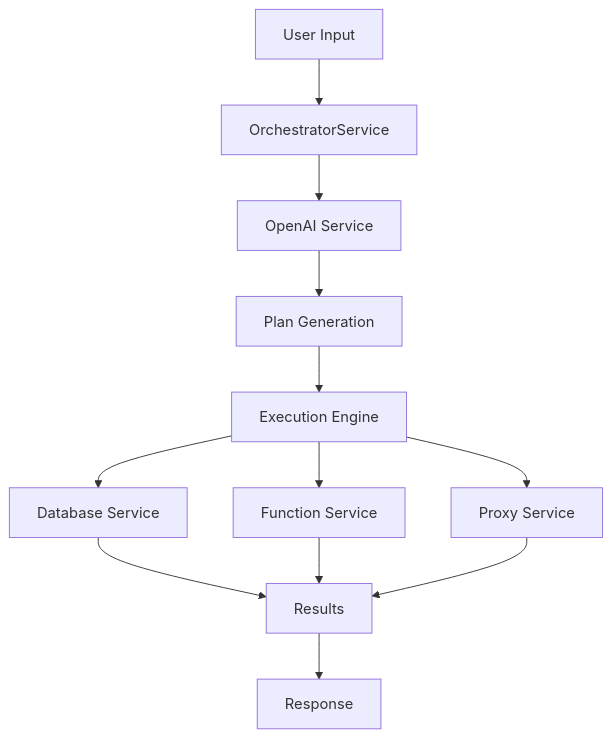
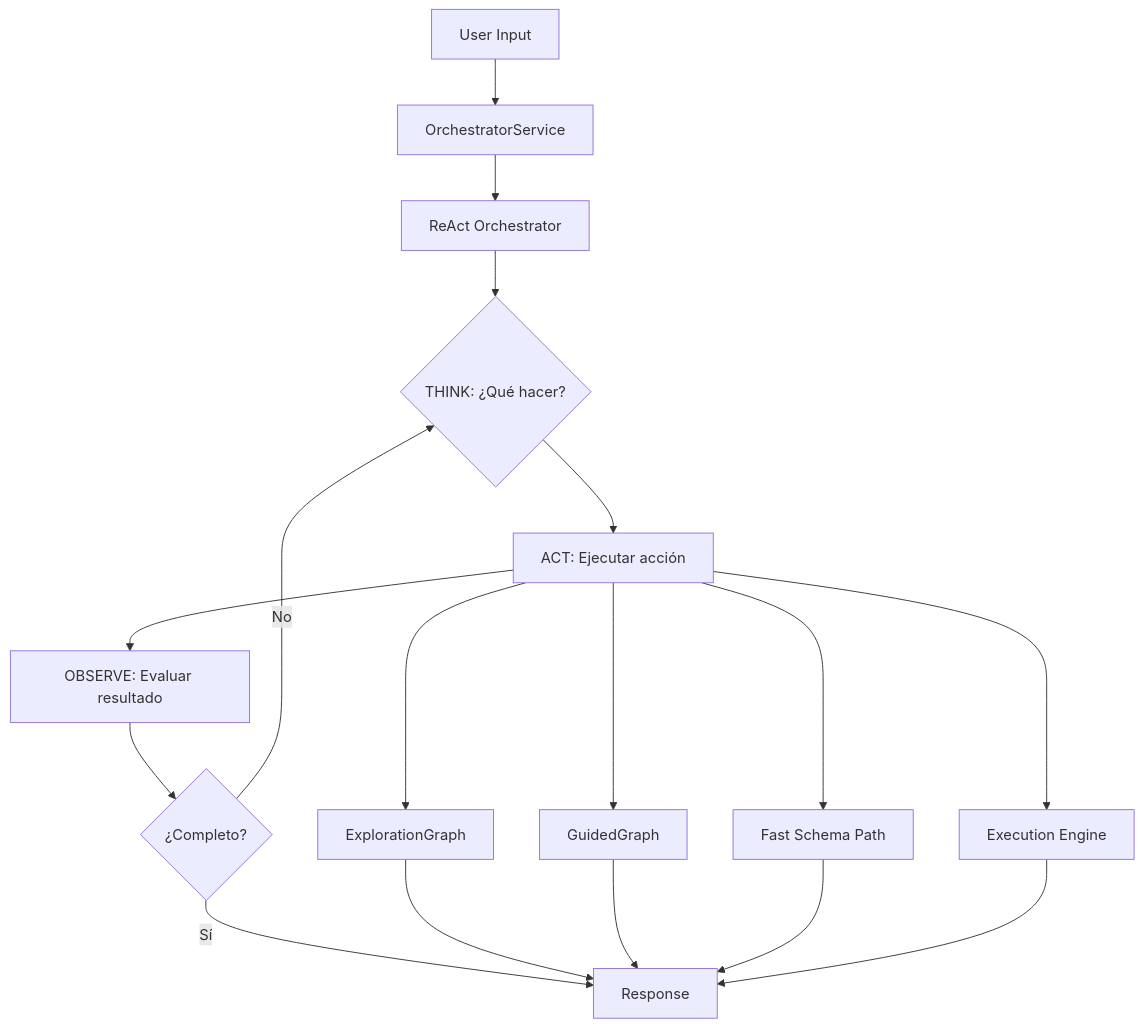
Before and after one commit to AntoineBejarano/apichat-backend: the diagram in docs/index.md, drawn with Mermaid. The commit also changed other lines of this file and 86 other files, not shown here.

Commit message:
refactor: replace legacy orchestrator with simplified ReAct-based version

````diff
--- a/docs/index.md
+++ b/docs/index.md
@@ -37,14 +37,21 @@
 ```mermaid
 graph TD
     A[User Input] --> B[OrchestratorService]
-    B --> C[OpenAI Service]
-    C --> D[Plan Generation]
-    D --> E[Execution Engine]
-    E --> F[Database Service]
-    E --> G[Function Service]
-    E --> H[Proxy Service]
-    F --> I[Results]
-    G --> I
-    H --> I
-    I --> J[Response]
+    B --> C[ReAct Orchestrator]
+    C --> D{THINK: ¿Qué hacer?}
+    D --> E[ACT: Ejecutar acción]
+    E --> F[OBSERVE: Evaluar resultado]
+    F --> G{¿Completo?}
+    G -->|No| D
+    G -->|Sí| H[Response]
+    
+    E --> I[ExplorationGraph]
+    E --> J[GuidedGraph]
+    E --> K[Fast Schema Path]
+    E --> L[Execution Engine]
+    
+    I --> H
+    J --> H
+    K --> H
+    L --> H
 ```
````
